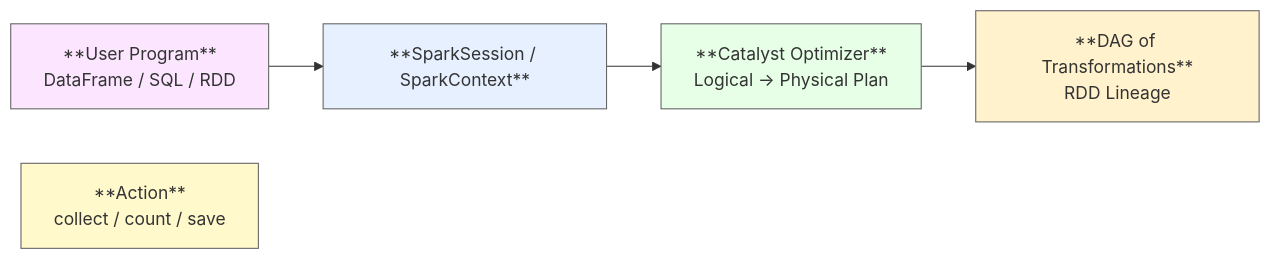
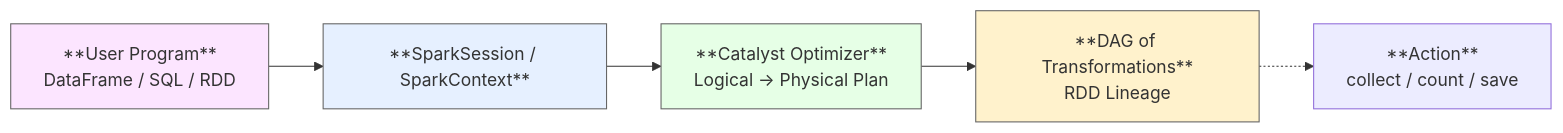
The first of 13 diagrams in README.md (blaire101/Spark-Journey-2025), drawn with Mermaid before and after one commit.

````diff
--- a/README.md
+++ b/README.md
@@ -35,21 +35,19 @@
 ```mermaid
 flowchart LR
     A[**User Program**<br>DataFrame / SQL / RDD] --> B[**SparkSession / SparkContext**]
     B --> C[**Catalyst Optimizer**<br>Logical → Physical Plan]
     C --> X[**DAG of Transformations**<br>RDD Lineage]
-    Y[**Action**<br>collect / count / save]
+    X -.-> Y[**Action**<br>collect / count / save]
 
     %% === Color classes (lighter colors) ===
     classDef user fill:#fce5ff,stroke:#666,stroke-width:1px;
     classDef context fill:#e6f0ff,stroke:#666,stroke-width:1px;
     classDef catalyst fill:#e6ffe6,stroke:#666,stroke-width:1px;
     classDef dag fill:#fff2cc,stroke:#666,stroke-width:1px;
-    classDef action fill:#fff9cc,stroke:#666,stroke-width:1px;
 
     %% === Assign classes ===
     class A user;
     class B context;
     class C catalyst;
     class X dag;
-    class Y action;
 ```
````
